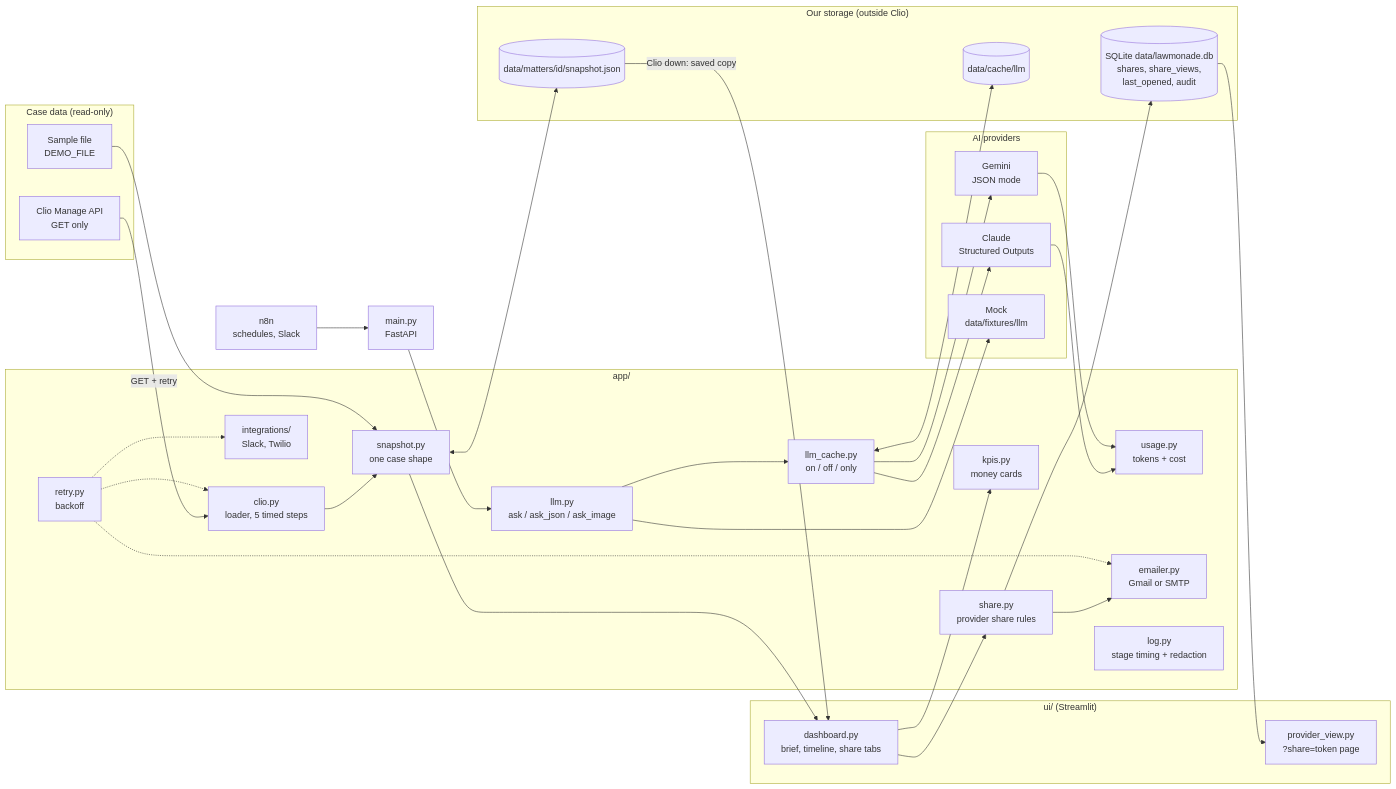
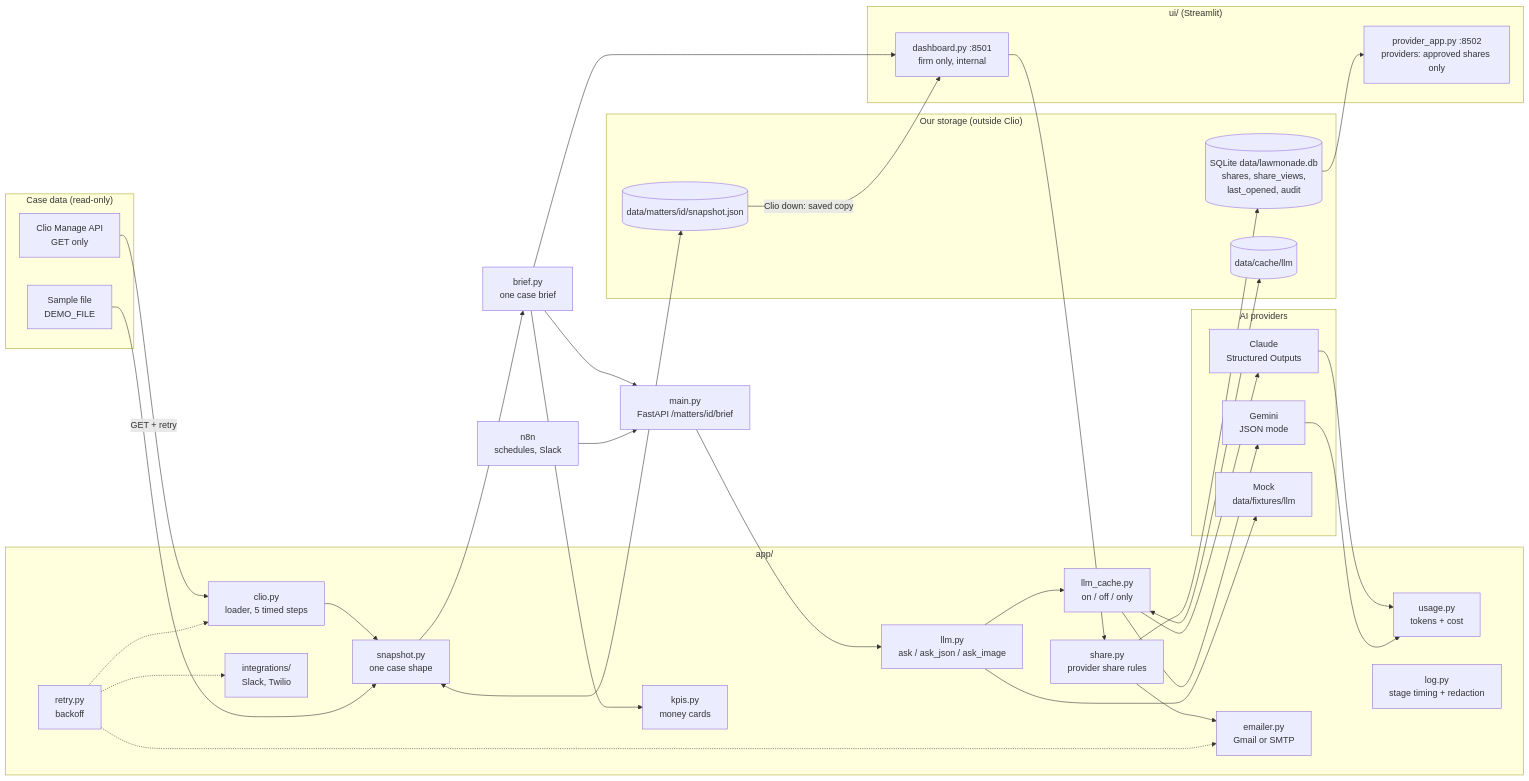
The diagram in ARCHITECTURE.md (simran-malik/lawmonade), drawn with Mermaid before and after one commit. The commit also changed other lines of this file and 8 other files, not shown here.

First line of the commit message:
Clio contact emails in one request; run id on log lines; bash run.sh purge (retention); docs: production path, decision log, architecture

````diff
--- a/ARCHITECTURE.md
+++ b/ARCHITECTURE.md
@@ -9,60 +9,62 @@
 ```mermaid
 flowchart LR
   subgraph Sources["Case data (read-only)"]
     CLIO["Clio Manage API<br/>GET only"]
     SAMPLE["Sample file<br/>DEMO_FILE"]
   end
 
   subgraph Core["app/"]
     LOADER["clio.py<br/>loader, 5 timed steps"]
     RETRY["retry.py<br/>backoff"]
     SNAP["snapshot.py<br/>one case shape"]
     KPIS["kpis.py<br/>money cards"]
     SHARE["share.py<br/>provider share rules"]
     LLM["llm.py<br/>ask / ask_json / ask_image"]
     CACHE["llm_cache.py<br/>on / off / only"]
     USAGE["usage.py<br/>tokens + cost"]
     EMAIL["emailer.py<br/>Gmail or SMTP"]
     NOTIFY["integrations/<br/>Slack, Twilio"]
     LOG["log.py<br/>stage timing + redaction"]
   end
 
   subgraph Storage["Our storage (outside Clio)"]
     JSON[("data/matters/id/snapshot.json")]
     DB[("SQLite data/lawmonade.db<br/>shares, share_views,<br/>last_opened, audit")]
     LLMDISK[("data/cache/llm")]
   end
 
   subgraph AI["AI providers"]
     CLAUDE["Claude<br/>Structured Outputs"]
     GEMINI["Gemini<br/>JSON mode"]
     MOCK["Mock<br/>data/fixtures/llm"]
   end
 
   subgraph UI["ui/ (Streamlit)"]
-    DASH["dashboard.py<br/>brief, timeline, share tabs"]
-    PROV["provider_view.py<br/>?share=token page"]
+    DASH["dashboard.py :8501<br/>firm only, internal"]
+    PROV["provider_app.py :8502<br/>providers: approved shares only"]
   end
+  BRIEF["brief.py<br/>one case brief"]
 
   CLIO -->|"GET + retry"| LOADER
   RETRY -.-> LOADER
   LOADER --> SNAP
   SAMPLE --> SNAP
   SNAP <--> JSON
-  SNAP --> DASH
+  SNAP --> BRIEF --> DASH
+  BRIEF --> API
   JSON -->|"Clio down: saved copy"| DASH
-  DASH --> KPIS
+  BRIEF --> KPIS
   DASH --> SHARE --> DB
   SHARE --> EMAIL
   RETRY -.-> EMAIL
   RETRY -.-> NOTIFY
   DB --> PROV
   LLM --> CACHE <--> LLMDISK
   CACHE --> CLAUDE
   CACHE --> GEMINI
   LLM --> MOCK
   CLAUDE --> USAGE
   GEMINI --> USAGE
-  API["main.py<br/>FastAPI"] --> LLM
+  API["main.py<br/>FastAPI /matters/id/brief"] --> LLM
   N8N["n8n<br/>schedules, Slack"] --> API
 ```
````
